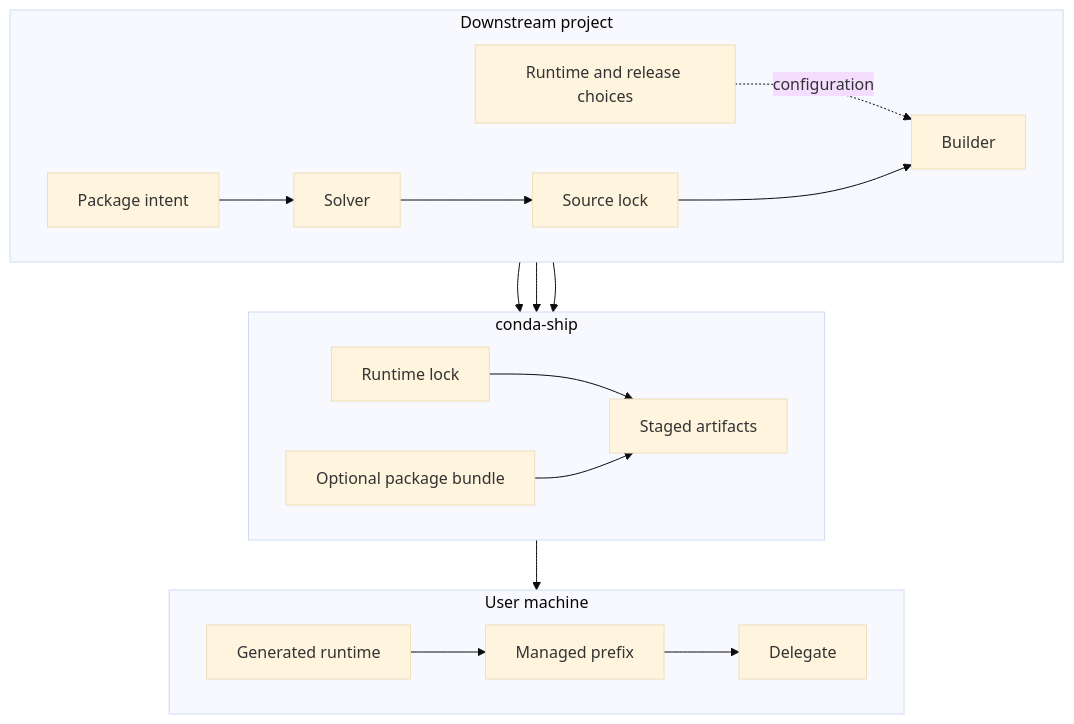
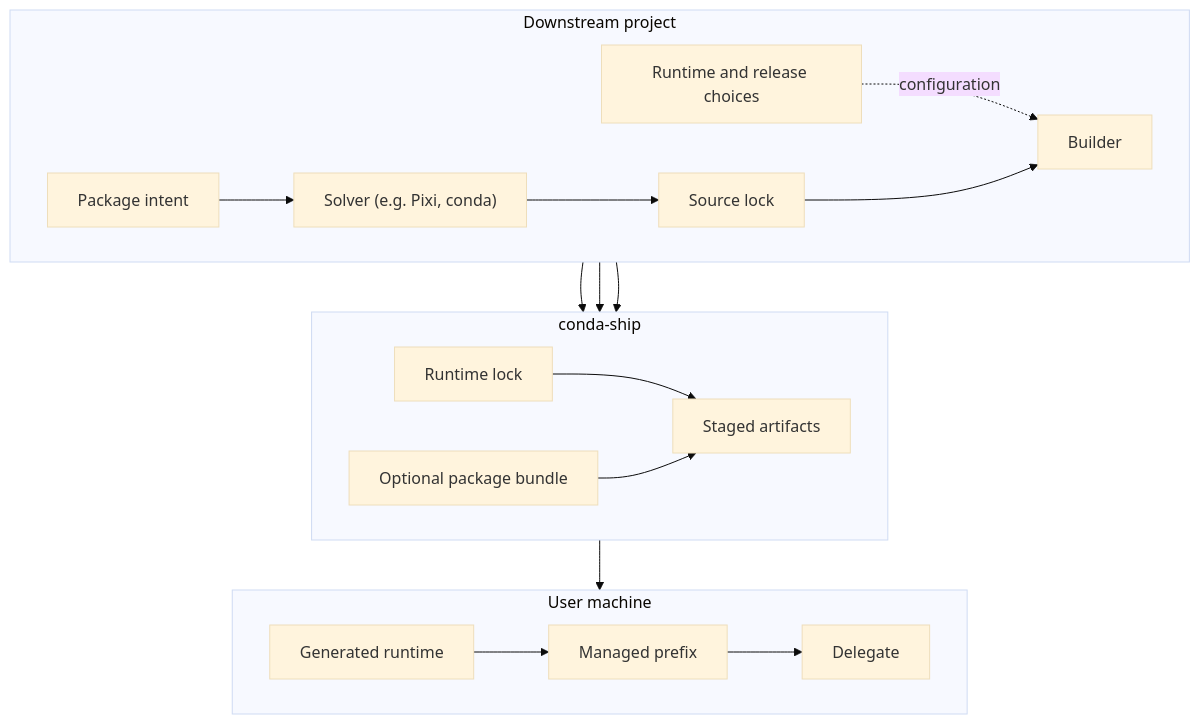
One commit to jezdez/conda-ship changed the diagram in docs/explanation/overview.md. Above: the diagram before and after it, drawn with Mermaid (base theme).

Commit message:
Label runtime flow solver

````diff
--- a/docs/explanation/overview.md
+++ b/docs/explanation/overview.md
@@ -23,25 +23,25 @@
 ```{mermaid}
 flowchart TB
     subgraph downstream["Downstream project"]
         direction LR
-        intent["Package intent"] --> solver["Solver"] --> source_lock["Source lock"]
+        intent["Package intent"] --> solver["Solver (e.g. Pixi, conda)"] --> source_lock["Source lock"]
         choices["Runtime and release choices"] -. "configuration" .-> builder
     end
 
     subgraph ship["conda-ship"]
         direction LR
         builder["Builder"] --> runtime_lock["Runtime lock"]
         builder --> bundle["Optional package bundle"]
         builder --> artifacts["Staged artifacts"]
         runtime_lock --> artifacts
         bundle --> artifacts
     end
 
     subgraph machine["User machine"]
         direction LR
         runtime["Generated runtime"] --> prefix["Managed prefix"] --> delegate["Delegate"]
     end
 
     source_lock --> builder
     artifacts --> runtime
 ```
````
